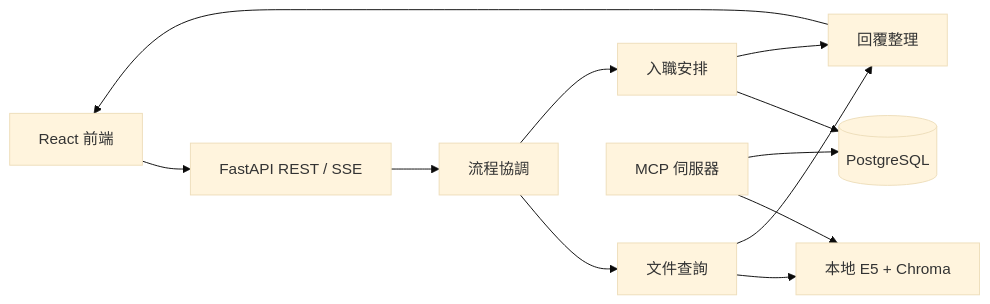
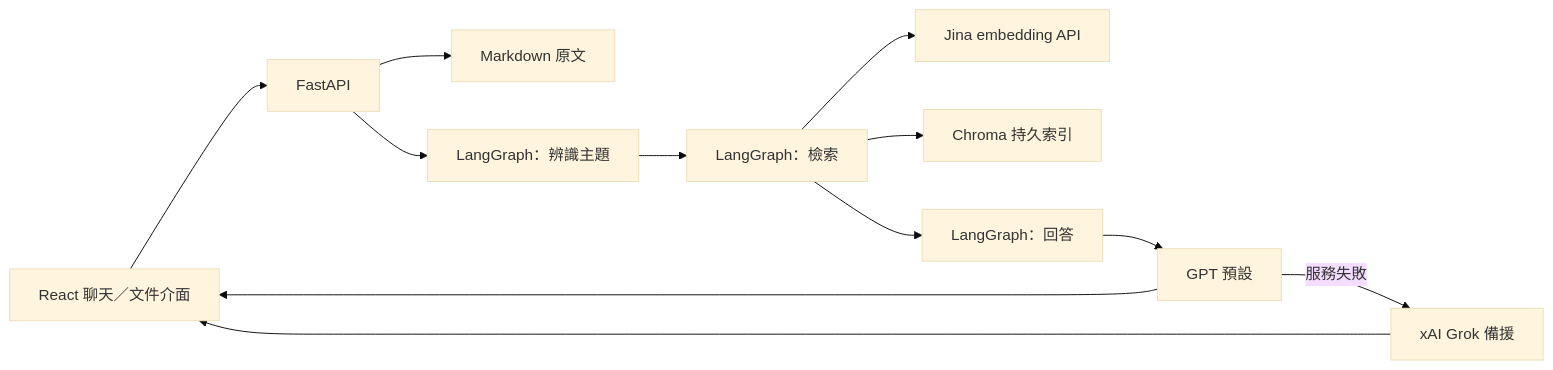
The diagram in README.md (husky0787/hr-agent), drawn with Mermaid (base theme) before and after one commit. The commit also changed other lines of this file and 60 other files, not shown here.

````diff
--- a/README.md
+++ b/README.md
@@ -17,14 +7,14 @@
 ```mermaid
 flowchart LR
-    UI[React 前端] --> API[FastAPI REST / SSE]
-    API --> Router[流程協調]
-    Router --> Research[文件查詢]
-    Router --> Workflow[入職安排]
-    Research --> RAG[本地 E5 + Chroma]
-    Workflow --> DB[(PostgreSQL)]
-    Research --> Answer[回覆整理]
-    Workflow --> Answer
-    Answer --> UI
-    MCP[MCP 伺服器] --> RAG
-    MCP --> DB
+    UI[React 聊天／文件介面] --> API[FastAPI]
+    API --> Docs[Markdown 原文]
+    API --> Topics[LangGraph：辨識主題]
+    Topics --> Retrieve[LangGraph：檢索]
+    Retrieve --> Jina[Jina embedding API]
+    Retrieve --> Chroma[Chroma 持久索引]
+    Retrieve --> Answer[LangGraph：回答]
+    Answer --> GPT[GPT 預設]
+    GPT -->|服務失敗| Grok[xAI Grok 備援]
+    GPT --> UI
+    Grok --> UI
 ```
````
